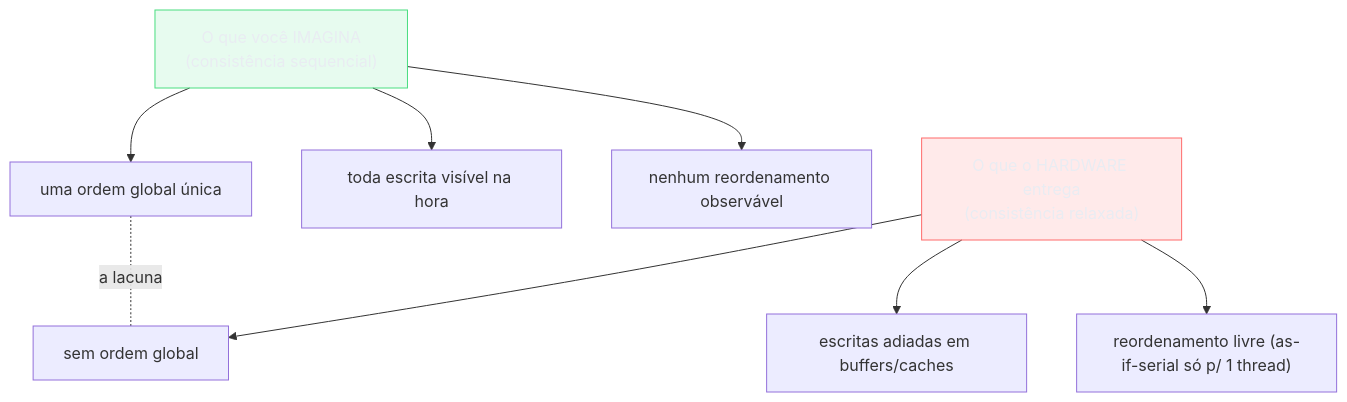
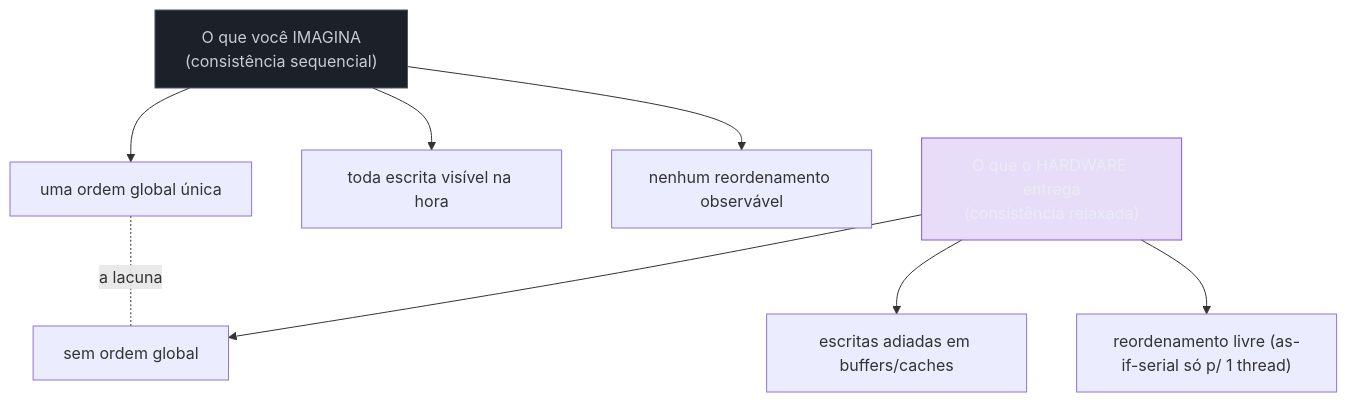
One commit to josenaldo/codex-technomanticus changed the fifth of 8 diagrams in 03-Dominios/Ciência/Concorrência e Paralelismo/04 - Atomicidade, visibilidade e ordenação.md. Above: the diagram before and after it, drawn with Mermaid. The commit also changed other lines of this file and 601 other files, not shown here.

````diff
--- a/03-Dominios/Ciência/Concorrência e Paralelismo/04 - Atomicidade, visibilidade e ordenação.md
+++ b/03-Dominios/Ciência/Concorrência e Paralelismo/04 - Atomicidade, visibilidade e ordenação.md
@@ -183,14 +183,14 @@
 ```mermaid
 flowchart TD
-    classDef ok fill:#4ADE8021,stroke:#4ADE80,color:#E9ECF2
-    classDef falha fill:#FF6B6B24,stroke:#FF6B6B,color:#E9ECF2
+    classDef marca fill:#8855DF33,stroke:#8855DF,color:#E9ECF2
+    classDef neutro fill:#1B2029,stroke:#4E5666,color:#C6CCD8
     I["O que você IMAGINA<br/>(consistência sequencial)"] --> I1["uma ordem global única"]
     I --> I2["toda escrita visível na hora"]
     I --> I3["nenhum reordenamento observável"]
     H["O que o HARDWARE entrega<br/>(consistência relaxada)"] --> H1["sem ordem global"]
     H --> H2["escritas adiadas em buffers/caches"]
     H --> H3["reordenamento livre (as-if-serial só p/ 1 thread)"]
     I1 -. "a lacuna" .- H1
-    class I ok
-    class H falha
+    class I neutro
+    class H marca
 ```
````
